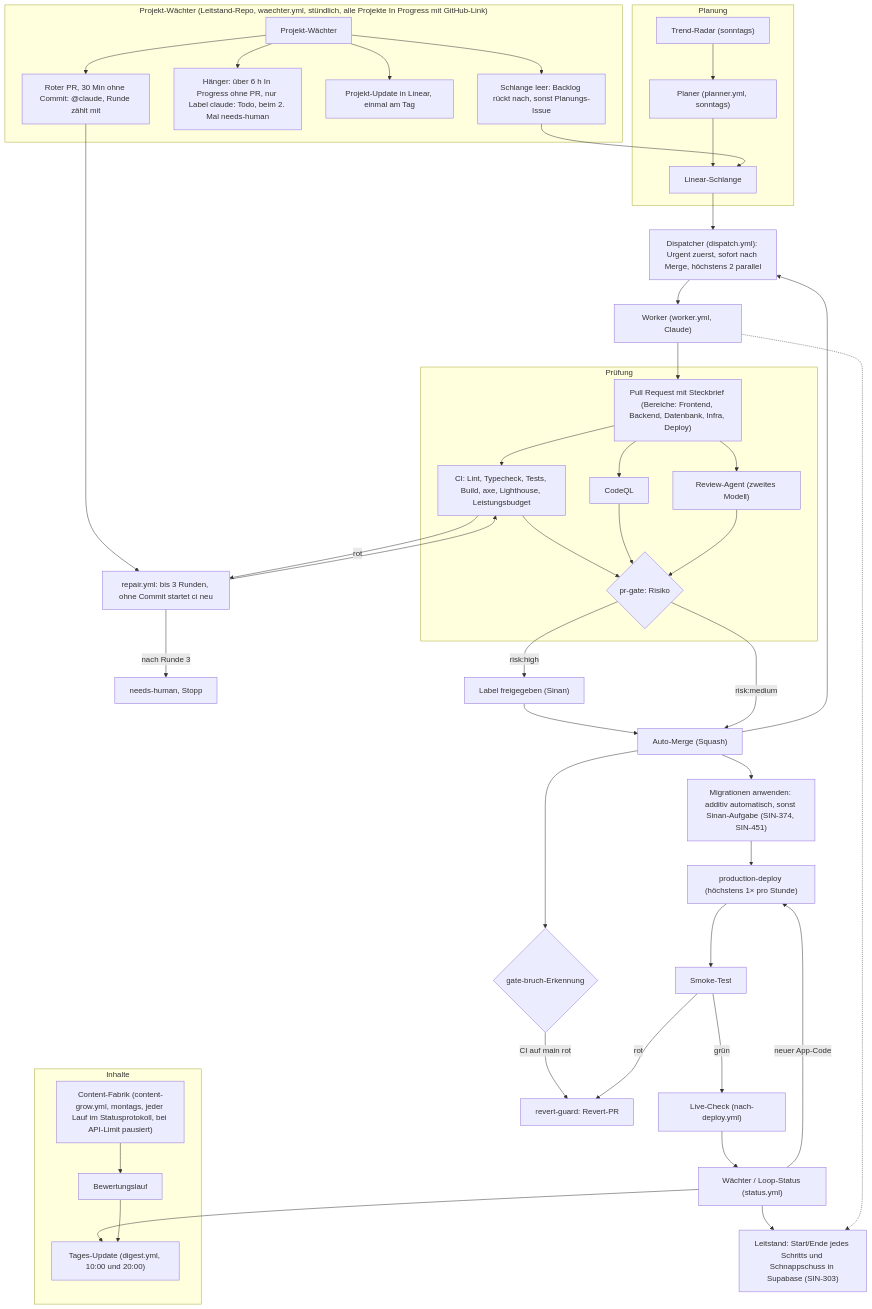
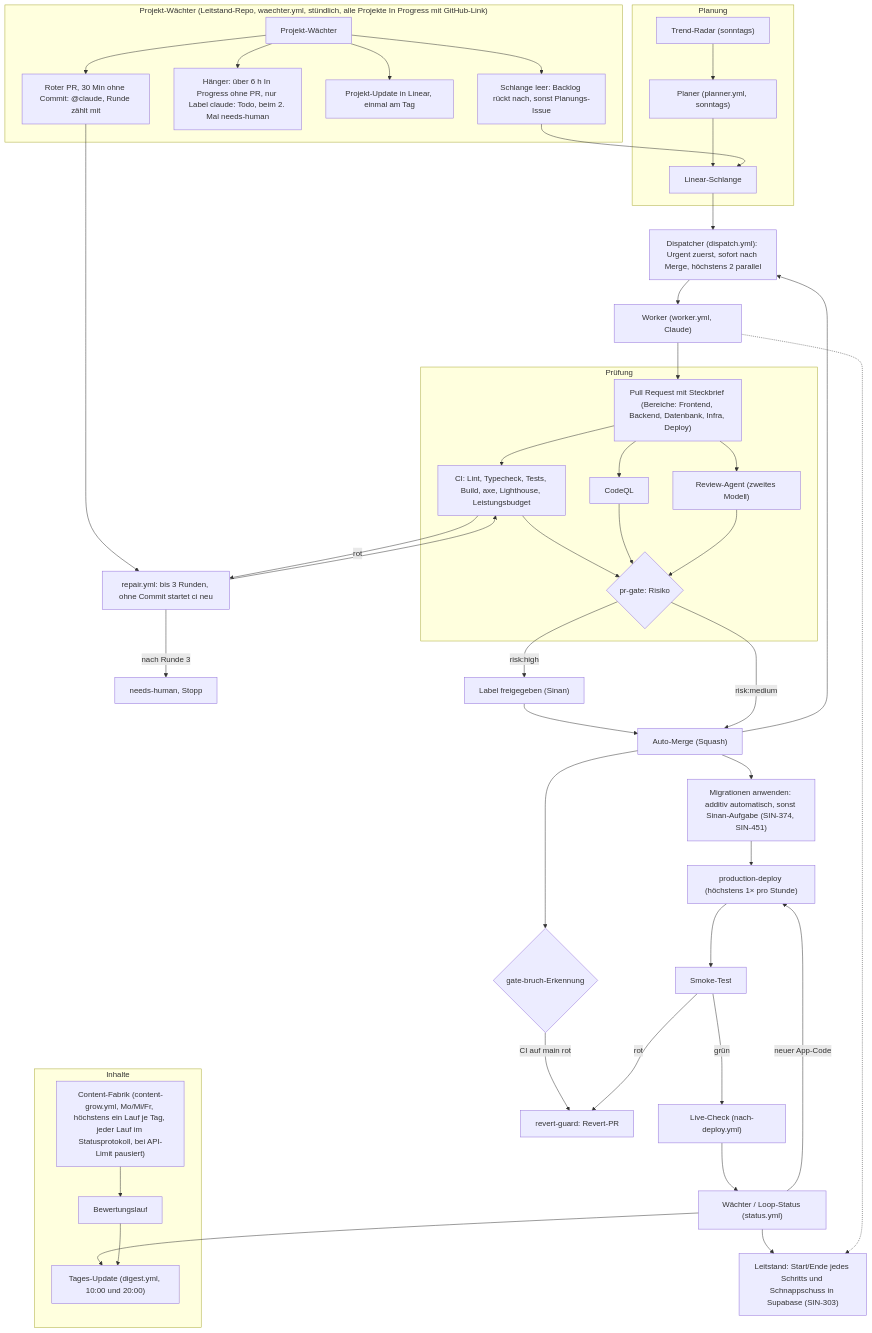
One commit to siinanXD/Content-Agent-Lernapp changed the diagram in README.md. Above: the diagram before and after it, drawn with Mermaid. The commit also changed other lines of this file and 8 other files, not shown here.

````diff
--- a/README.md
+++ b/README.md
@@ -72,51 +72,51 @@
 ```mermaid
 %% Pipeline-Ablauf des Loops, Stand main 09.10. (SIN-376). Quelle für das FigJam-Board „Pipeline-Ablauf“.
 %% Ändern sich .github/workflows/ oder scripts/autonomy/, diese Datei im selben PR anpassen.
 flowchart TD
   subgraph Planung
     Radar["Trend-Radar (sonntags)"] --> Planer
     Planer["Planer (planner.yml, sonntags)"] --> Schlange["Linear-Schlange"]
   end
   Schlange --> Dispatcher["Dispatcher (dispatch.yml): Urgent zuerst, sofort nach Merge, höchstens 2 parallel"]
   Dispatcher --> Worker["Worker (worker.yml, Claude)"]
   Worker --> PR["Pull Request mit Steckbrief (Bereiche: Frontend, Backend, Datenbank, Infra, Deploy)"]
   subgraph Prüfung
     PR --> CI["CI: Lint, Typecheck, Tests, Build, axe, Lighthouse, Leistungsbudget"]
     PR --> CodeQL["CodeQL"]
     PR --> Review["Review-Agent (zweites Modell)"]
     CI --> Gate{"pr-gate: Risiko"}
     CodeQL --> Gate
     Review --> Gate
   end
   CI -- rot --> Repair["repair.yml: bis 3 Runden, ohne Commit startet ci neu"]
   Repair --> CI
   Repair -- "nach Runde 3" --> Mensch["needs-human, Stopp"]
   Gate -- "risk:high" --> Freigabe["Label freigegeben (Sinan)"]
   Freigabe --> Merge
   Gate -- "risk:medium" --> Merge["Auto-Merge (Squash)"]
   Merge --> Dispatcher
   Merge --> Migr["Migrationen anwenden: additiv automatisch, sonst Sinan-Aufgabe (SIN-374, SIN-451)"]
   Merge --> Bruch{"gate-bruch-Erkennung"}
   Bruch -- "CI auf main rot" --> Revert["revert-guard: Revert-PR"]
   Migr --> Deploy["production-deploy (höchstens 1× pro Stunde)"]
   Deploy --> Smoke["Smoke-Test"]
   Smoke -- rot --> Revert
   Smoke -- grün --> Live["Live-Check (nach-deploy.yml)"]
   Live --> Waechter["Wächter / Loop-Status (status.yml)"]
   Waechter -- "neuer App-Code" --> Deploy
   Waechter --> Update["Tages-Update (digest.yml, 10:00 und 20:00)"]
   Waechter --> Leitstand["Leitstand: Start/Ende jedes Schritts und Schnappschuss in Supabase (SIN-303)"]
   Worker -.-> Leitstand
   subgraph Projektwaechter["Projekt-Wächter (Leitstand-Repo, waechter.yml, stündlich, alle Projekte In Progress mit GitHub-Link)"]
     PW["Projekt-Wächter"] --> PWS["Schlange leer: Backlog rückt nach, sonst Planungs-Issue"]
     PW --> PWH["Hänger: über 6 h In Progress ohne PR, nur Label claude: Todo, beim 2. Mal needs-human"]
     PW --> PWU["Projekt-Update in Linear, einmal am Tag"]
     PW --> PWR["Roter PR, 30 Min ohne Commit: @claude, Runde zählt mit"]
   end
   PWS --> Schlange
   PWR --> Repair
   subgraph Inhalte
-    Fabrik["Content-Fabrik (content-grow.yml, montags, jeder Lauf im Statusprotokoll, bei API-Limit pausiert)"] --> Bewertung["Bewertungslauf"]
+    Fabrik["Content-Fabrik (content-grow.yml, Mo/Mi/Fr, höchstens ein Lauf je Tag, jeder Lauf im Statusprotokoll, bei API-Limit pausiert)"] --> Bewertung["Bewertungslauf"]
     Bewertung --> Update
   end
 ```
````
